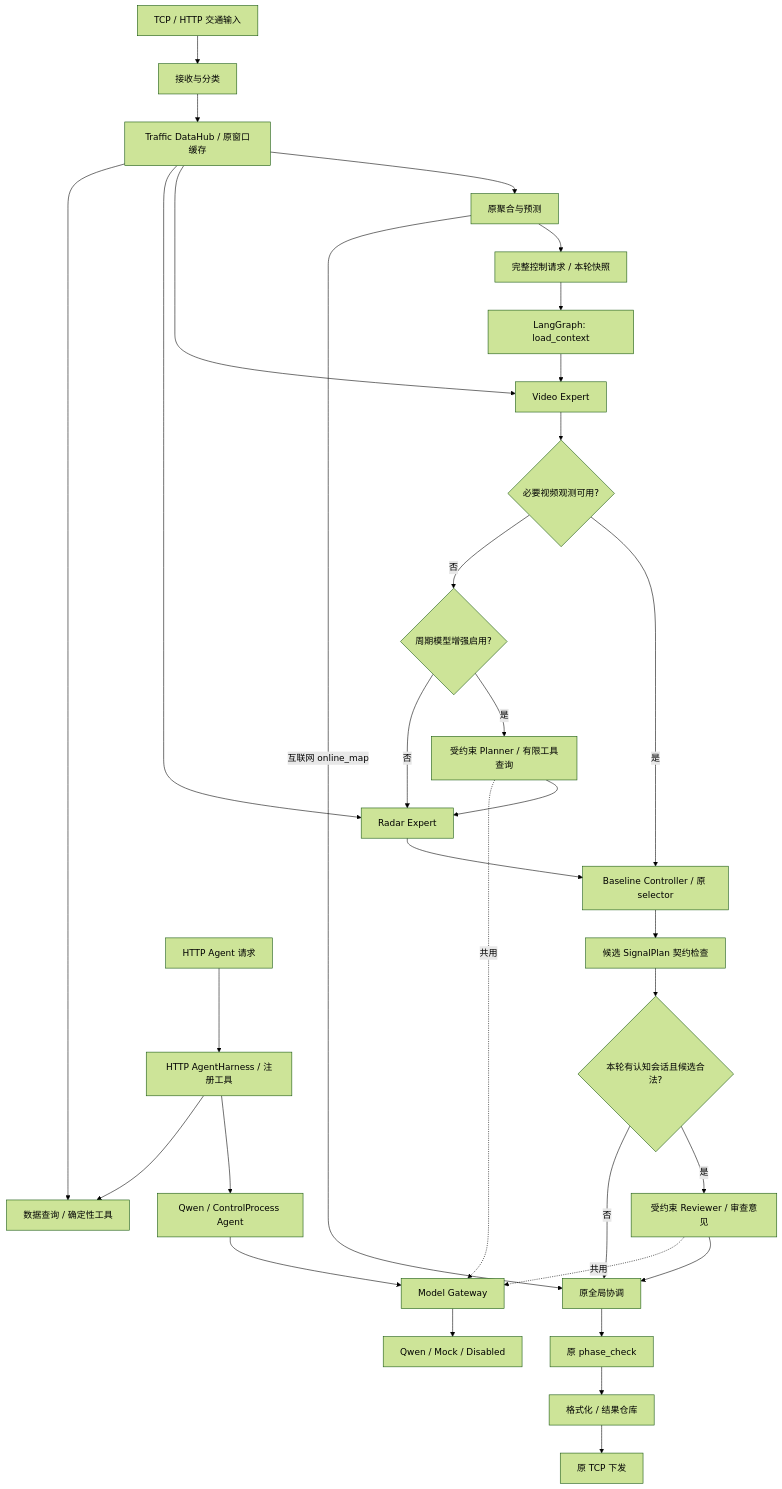
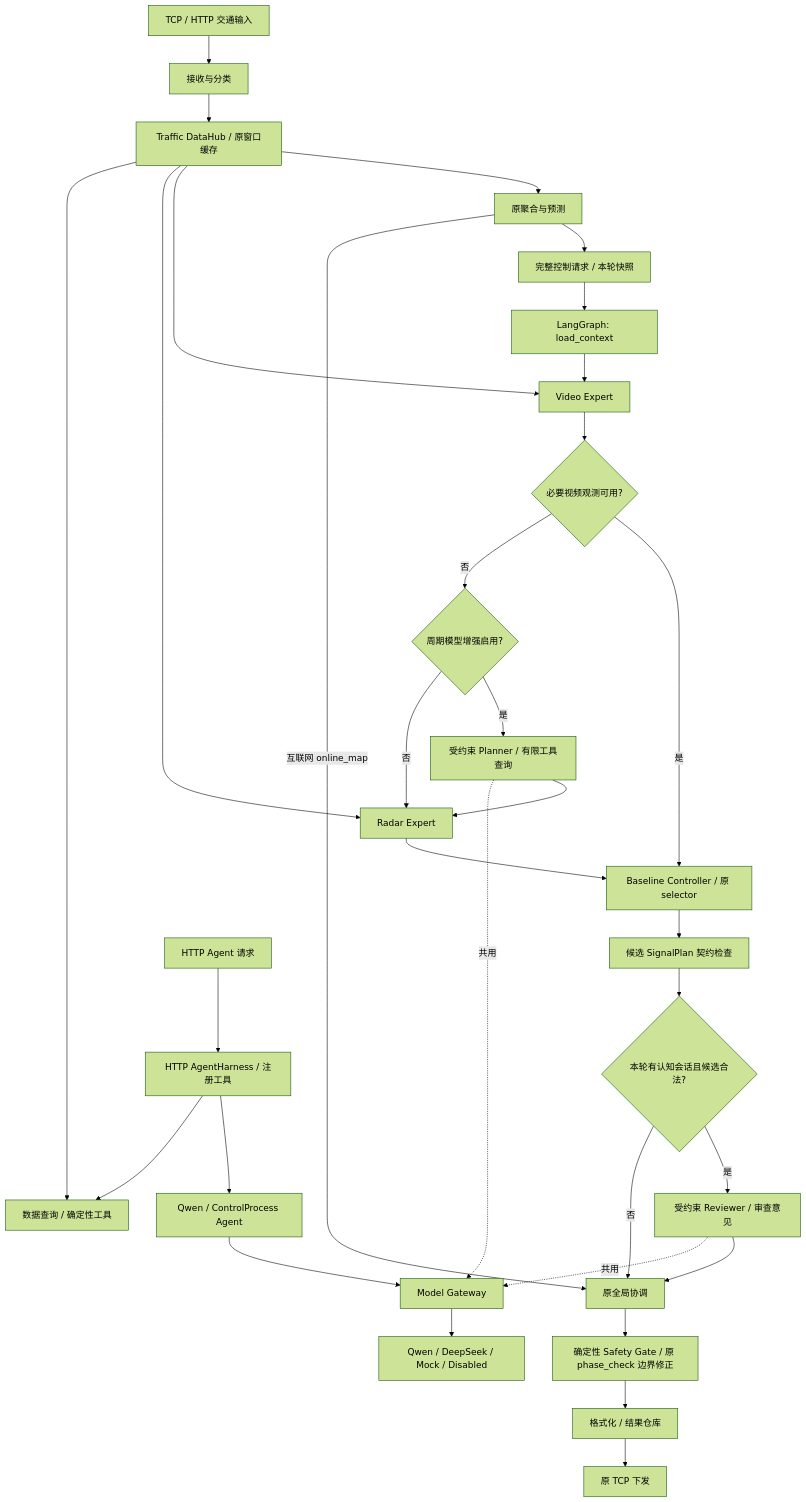
One commit to yanzhuang-h/aitc changed the diagram in docs/v2_current_architecture.md. Above: the diagram before and after it, drawn with Mermaid (forest theme). The commit also changed other lines of this file and 18 other files, not shown here.

First line of the commit message:
feat: add DeepSeek provider and deterministic safety gate (#45)

````diff
--- a/docs/v2_current_architecture.md
+++ b/docs/v2_current_architecture.md
@@ -16,36 +16,36 @@
 ```mermaid
 flowchart TD
     INPUT["TCP / HTTP 交通输入"] --> RECEIVE["接收与分类"]
     RECEIVE --> HUB["Traffic DataHub / 原窗口缓存"]
     HUB --> AGG["原聚合与预测"]
     AGG --> REQUEST["完整控制请求 / 本轮快照"]
     REQUEST --> LOAD["LangGraph: load_context"]
     LOAD --> VIDEO["Video Expert"]
     HUB --> VIDEO
     VIDEO --> ENOUGH{"必要视频观测可用?"}
     ENOUGH -->|是| POLICY["Baseline Controller / 原 selector"]
     ENOUGH -->|否| ENABLED{"周期模型增强启用?"}
     ENABLED -->|是| PLANNER["受约束 Planner / 有限工具查询"]
     ENABLED -->|否| RADAR["Radar Expert"]
     PLANNER --> RADAR
     HUB --> RADAR
     RADAR --> POLICY
     POLICY --> CONTRACT["候选 SignalPlan 契约检查"]
     CONTRACT --> REVIEWABLE{"本轮有认知会话且候选合法?"}
     REVIEWABLE -->|是| REVIEW["受约束 Reviewer / 审查意见"]
     REVIEWABLE -->|否| COORD["原全局协调"]
     REVIEW --> COORD
     AGG -->|互联网 online_map| COORD
-    COORD --> CHECK["原 phase_check"]
+    COORD --> CHECK["确定性 Safety Gate / 原 phase_check 边界修正"]
     CHECK --> FORMAT["格式化 / 结果仓库"]
     FORMAT --> TCP["原 TCP 下发"]
 
     HTTP["HTTP Agent 请求"] --> HARNESS["HTTP AgentHarness / 注册工具"]
     HARNESS --> AGENT["Qwen / ControlProcess Agent"]
     AGENT --> GATEWAY["Model Gateway"]
     PLANNER -. 共用 .-> GATEWAY
     REVIEW -. 共用 .-> GATEWAY
-    GATEWAY --> PROVIDER["Qwen / Mock / Disabled"]
+    GATEWAY --> PROVIDER["Qwen / DeepSeek / Mock / Disabled"]
     HARNESS --> QUERY["数据查询 / 确定性工具"]
     HUB --> QUERY
 ```
````
